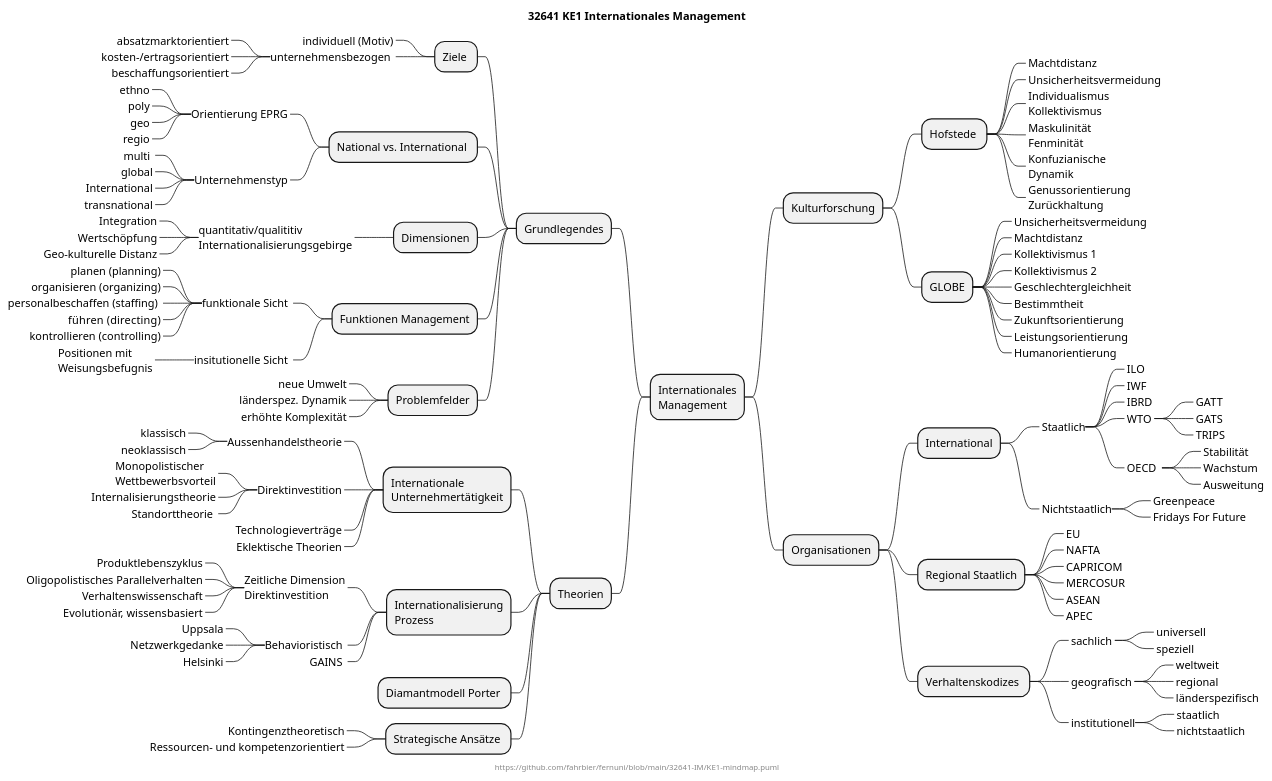
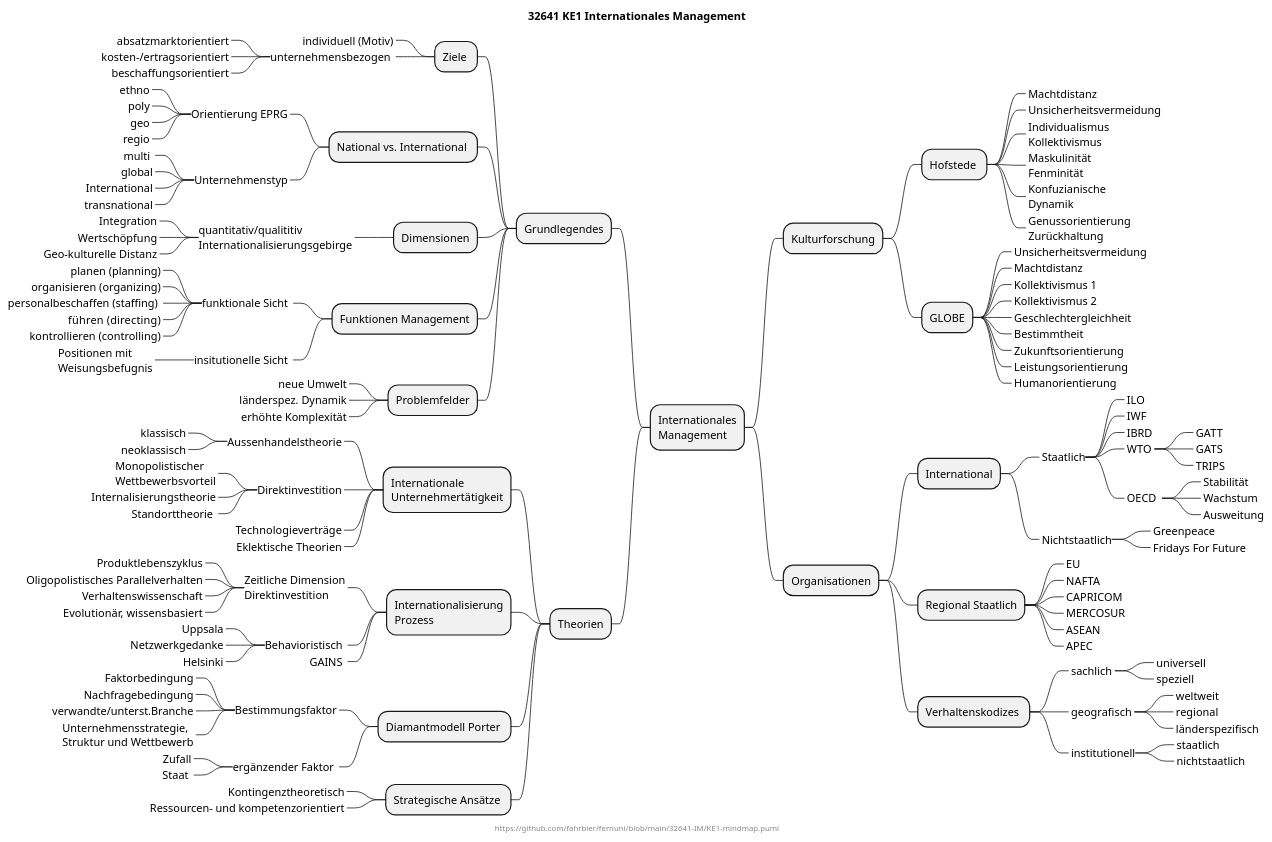
Before and after one commit to fahrbier/fernuni: the diagram in 32641-IM/KE1-mindmap.puml, drawn with PlantUML.

Commit message:
Porter ausformuliert

```diff
--- a/32641-IM/KE1-mindmap.puml
+++ b/32641-IM/KE1-mindmap.puml
@@ -1,126 +1,134 @@
 @startmindmap
 title 32641 KE1 Internationales Management
 center footer https://github.com/fahrbier/fernuni/blob/main/32641-IM/KE1-mindmap.puml
 
 + Internationales\nManagement
 ++ Kulturforschung
 +++ Hofstede 
 ++++_ Machtdistanz
 ++++_ Unsicherheitsvermeidung
 ++++_ Individualismus\nKollektivismus
 ++++_ Maskulinität\nFenminität
 ++++_ Konfuzianische\nDynamik
 ++++_ Genussorientierung\nZurückhaltung
 +++ GLOBE
 ++++_ Unsicherheitsvermeidung
 ++++_ Machtdistanz
 ++++_ Kollektivismus 1
 ++++_ Kollektivismus 2
 ++++_ Geschlechtergleichheit
 ++++_ Bestimmtheit
 ++++_ Zukunftsorientierung
 ++++_ Leistungsorientierung
 ++++_ Humanorientierung
 ++ Organisationen
 +++ International
 ++++_ Staatlich
 +++++_ ILO 
 +++++_ IWF 
 +++++_ IBRD 
 +++++_ WTO 
 ++++++_ GATT 
 ++++++_ GATS  
 ++++++_ TRIPS 
 +++++_ OECD  
 ++++++_ Stabilität 
 ++++++_ Wachstum 
 ++++++_ Ausweitung 
 ++++_ Nichtstaatlich
 +++++_ Greenpeace
 +++++_ Fridays For Future 
 +++ Regional Staatlich
 ++++_ EU 
 ++++_ NAFTA 
 ++++_ CAPRICOM 
 ++++_ MERCOSUR
 ++++_ ASEAN 
 ++++_ APEC
 +++ Verhaltenskodizes 
 ++++_ sachlich 
 +++++_ universell
 +++++_ speziell
 
 ++++_ geografisch 
 +++++_ weltweit
 +++++_ regional
 +++++_ länderspezifisch
 
 ++++_ institutionell
 +++++_ staatlich 
 +++++_ nichtstaatlich
 
 
 -- Grundlegendes
 --- Ziele 
 ----_ individuell (Motiv)
 ----_ unternehmensbezogen 
 -----_ absatzmarktorientiert
 -----_ kosten-/ertragsorientiert
 -----_ beschaffungsorientiert
 --- National vs. International 
 ----_ Orientierung EPRG
 -----_ ethno
 -----_ poly
 -----_ geo
 -----_ regio
 ----_ Unternehmenstyp
 -----_ multi 
 -----_ global
 -----_ International
 -----_ transnational
 --- Dimensionen
 ----_ quantitativ/qualititiv\nInternationalisierungsgebirge
 -----_ Integration
 -----_ Wertschöpfung
 -----_ Geo-kulturelle Distanz
 --- Funktionen Management
 ----_ funktionale Sicht 
 -----_ planen (planning)
 -----_ organisieren (organizing)
 -----_ personalbeschaffen (staffing) 
 -----_ führen  (directing)
 -----_ kontrollieren (controlling)
 ----_ insitutionelle Sicht 
 -----_ Positionen mit\nWeisungsbefugnis
 --- Problemfelder
 ----_ neue Umwelt
 ----_ länderspez. Dynamik
 ----_ erhöhte Komplexität
 -- Theorien
 --- Internationale\nUnternehmertätigkeit
 ----_ Aussenhandelstheorie
 -----_ klassisch
 -----_ neoklassisch
 ----_ Direktinvestition
 -----_ Monopolistischer\nWettbewerbsvorteil
 -----_ Internalisierungstheorie
 -----_ Standorttheorie 
 ----_ Technologieverträge
 ----_ Eklektische Theorien
 --- Internationalisierung\nProzess 
 ----_ Zeitliche Dimension\nDirektinvestition 
 -----_ Produktlebenszyklus
 -----_ Oligopolistisches Parallelverhalten
 -----_ Verhaltenswissenschaft
 -----_ Evolutionär, wissensbasiert
 ----_ Behavioristisch 
 -----_ Uppsala
 -----_ Netzwerkgedanke
 -----_ Helsinki
 ----_ GAINS 
 --- Diamantmodell Porter 
+----_ Bestimmungsfaktor
+-----_ Faktorbedingung
+-----_ Nachfragebedingung
+-----_ verwandte/unterst.Branche
+-----_ Unternehmensstrategie,\nStruktur und Wettbewerb
+----_ ergänzender Faktor 
+-----_ Zufall
+-----_ Staat 
 --- Strategische Ansätze 
 ----_ Kontingenztheoretisch
 ----_ Ressourcen- und kompetenzorientiert
 
 @endmindmap
```
